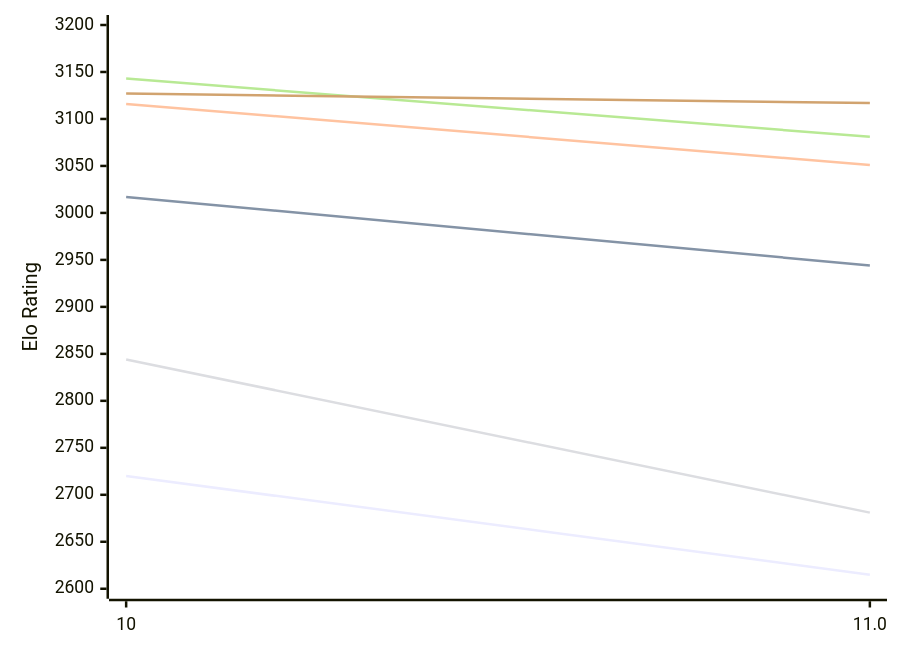
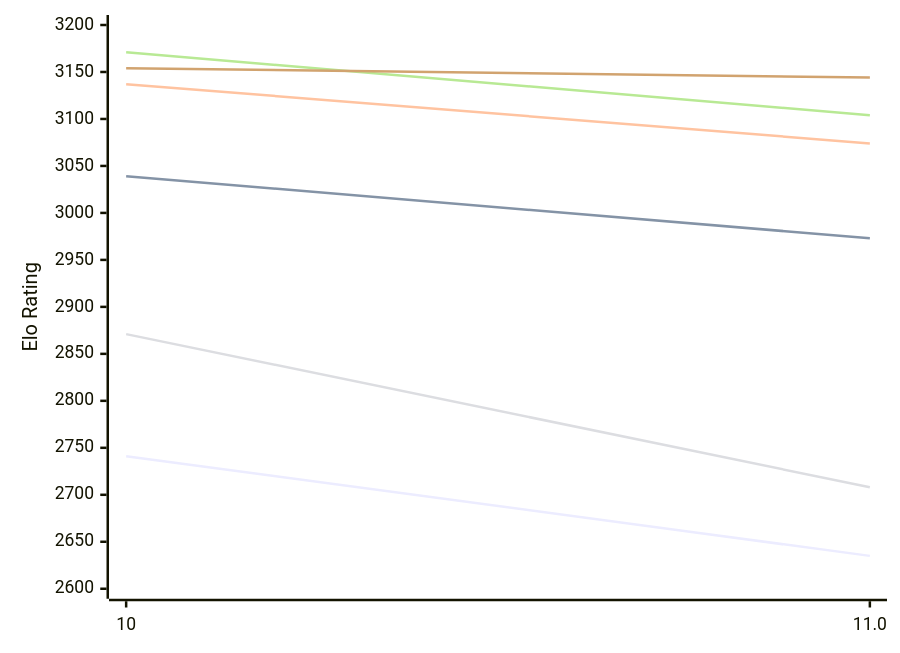
Before and after one commit to computer-chess-index/cci: the first of 2 diagrams in engines/Lozza.md, drawn with Mermaid. The commit also changed other lines of this file, not shown here.

Commit message:
Update CCI Ratings (ELO VLTC) - 2026-10-20

````diff
--- a/engines/Lozza.md
+++ b/engines/Lozza.md
@@ -51,12 +51,12 @@
 ```mermaid
 %%{init: {"theme":"base","themeVariables":{"seriesColors:['#a3a3a3','#222221','#faa371']}}}%%
 xychart-beta
   x-axis ["10", "11.0"]
   y-axis "Elo Rating" 2600 --> 3200
-  line "E1: STC (8.0+0.08s)" [2720, 2615]
-  line "E1: LTC (60.0+0.60s)" [3017, 2944]
-  line "E1: VLTC (2m24s+1.12s)" [3116, 3051]
-  line "P1: STC (8.0+0.08s)" [2844, 2681]
-  line "P1: LTC (60.0+0.60s)" [3143, 3081]
-  line "P1: VLTC (2m24s+1.12s)" [3127, 3117]
+  line "E1: STC (8.0+0.08s)" [2741, 2635]
+  line "E1: LTC (60.0+0.60s)" [3039, 2973]
+  line "E1: VLTC (2m24s+1.12s)" [3137, 3074]
+  line "P1: STC (8.0+0.08s)" [2871, 2708]
+  line "P1: LTC (60.0+0.60s)" [3171, 3104]
+  line "P1: VLTC (2m24s+1.12s)" [3154, 3144]
 ```
````
